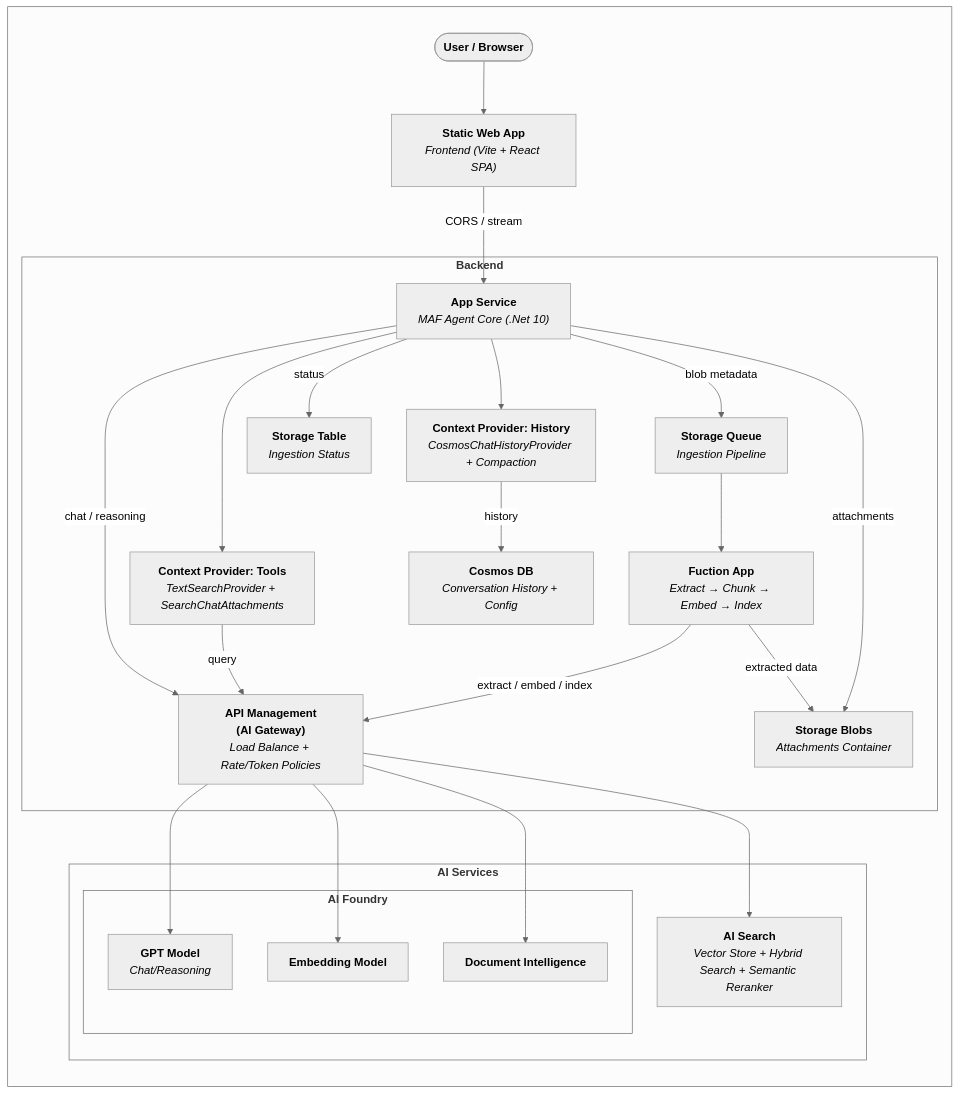
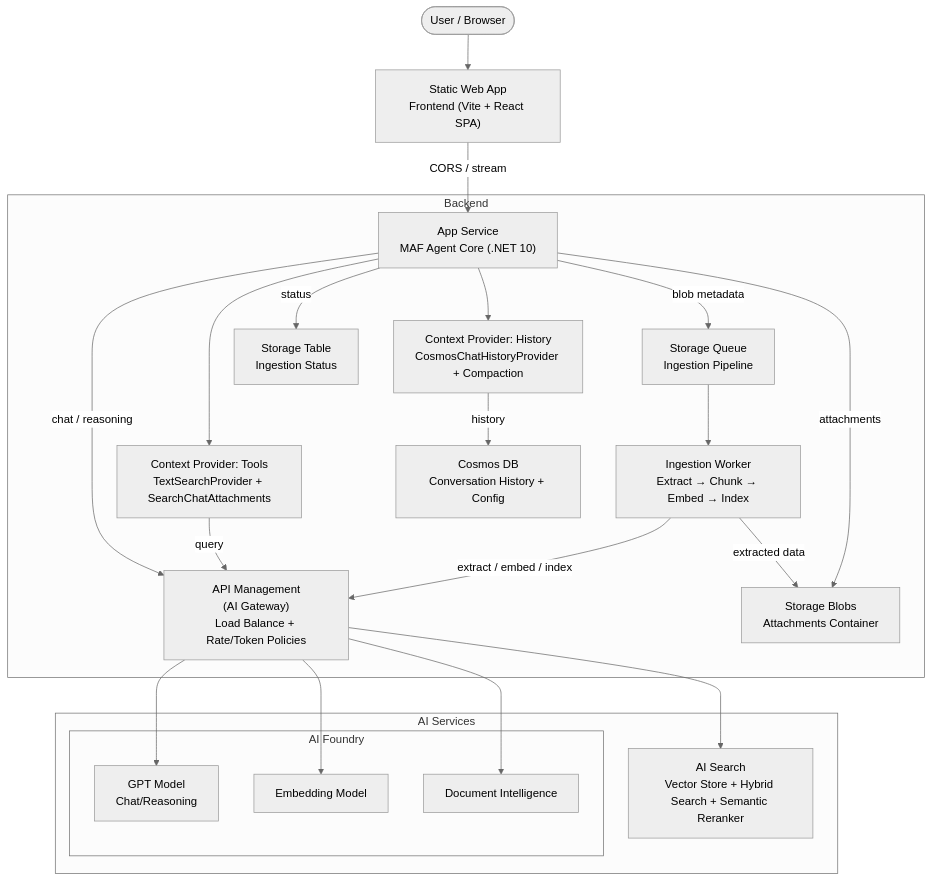
The diagram in README.md (ffilardi/maf-ai-agent), drawn with Mermaid before and after one commit.

````diff
--- a/README.md
+++ b/README.md
@@ -41,54 +41,52 @@
 ```mermaid
-%%{ init: { 'theme': 'neutral' } }%%
+---
+config:
+  theme: neutral
+---
 flowchart TB
+    User([User / Browser])
+    SWA["Static Web App<br/>Frontend (Vite + React SPA)"]
 
-    subgraph Architecture[" "]
-    direction TB
-    User([<b>User / Browser</b>])
-    SWA["<b>Static Web App</b><br/><i>Frontend (Vite + React SPA)</i>"]
-
-    subgraph AI["<b>AI Services"]
-        Search["<b>AI Search</b><br/><i>Vector Store + Hybrid Search + Semantic Reranker</i>"]
-        subgraph Foundry["<b>AI Foundry</b>"]
-            GPT["<b>GPT Model</b><br/><i>Chat/Reasoning</i>"]
-            Embed["<b>Embedding Model</b>"]
-            DocIntel["<b>Document Intelligence</b>"]
+    subgraph AI["AI Services"]
+        Search["AI Search<br/>Vector Store + Hybrid Search + Semantic Reranker"]
+        subgraph Foundry["AI Foundry"]
+            GPT["GPT Model<br/>Chat/Reasoning"]
+            Embed["Embedding Model"]
+            DocIntel["Document Intelligence"]
         end
     end
 
-    subgraph Backend["<b>Backend</b>"]
-        Agent["<b>App Service</b><br/><i>MAF Agent Core (.Net 10)</i>"]
-        ToolsProvider["<b>Context Provider: Tools</b><br/><i>TextSearchProvider + SearchChatAttachments</i>"]
-        Queue["<b>Storage Queue</b><br/><i>Ingestion Pipeline</i>"]
-        Ingestion["<b>Fuction App</b><br/><i>Extract → Chunk → Embed → Index</i>"]
-        HistoryProvider["<b>Context Provider: History</b><br/><i>CosmosChatHistoryProvider + Compaction</i>"]
-        APIM["<b>API Management<br/>(AI Gateway)</b><br/><i>Load Balance + Rate/Token Policies</i>"]
-        Cosmos["<b>Cosmos DB</b><br/><i>Conversation History + Config</i>"]
-        Blobs["<b>Storage Blobs</b><br/><i>Attachments Container</i>"]
-        Table["<b>Storage Table</b><br/><i>Ingestion Status</i>"]
+    subgraph Backend["Backend"]
+        Agent["App Service<br/>MAF Agent Core (.NET 10)"]
+        ToolsProvider["Context Provider: Tools<br/>TextSearchProvider + SearchChatAttachments"]
+        Queue["Storage Queue<br/>Ingestion Pipeline"]
+        Ingestion["Ingestion Worker<br/>Extract → Chunk → Embed → Index"]
+        HistoryProvider["Context Provider: History<br/>CosmosChatHistoryProvider + Compaction"]
+        APIM["API Management<br/>(AI Gateway)<br/>Load Balance + Rate/Token Policies"]
+        Cosmos["Cosmos DB<br/>Conversation History + Config"]
+        Blobs["Storage Blobs<br/>Attachments Container"]
+        Table["Storage Table<br/>Ingestion Status"]
     end
 
     User --> SWA
     SWA -- "CORS / stream" --> Agent
 
     Agent --> ToolsProvider
-    Agent -- blob metadata --> Queue
+    Agent -- "blob metadata" --> Queue
     Queue --> Ingestion
     Agent --> HistoryProvider
 
     Agent -- "chat / reasoning" --> APIM
     ToolsProvider -- "query" --> APIM
     Ingestion -- "extract / embed / index" --> APIM
 
-    Ingestion -- extracted data --> Blobs
-    Agent -- attachments --> Blobs
-    Agent -- status --> Table
-    HistoryProvider -- history --> Cosmos
+    Ingestion -- "extracted data" --> Blobs
+    Agent -- "attachments" --> Blobs
+    Agent -- "status" --> Table
+    HistoryProvider -- "history" --> Cosmos
 
     APIM --> GPT
     APIM --> Embed
     APIM --> DocIntel
     APIM --> Search
-
-    end
 ```
````
